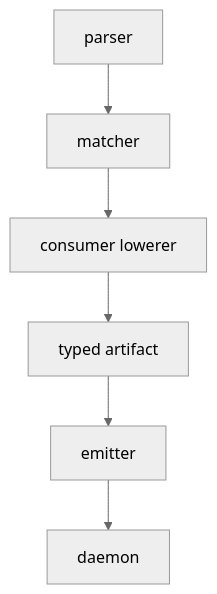
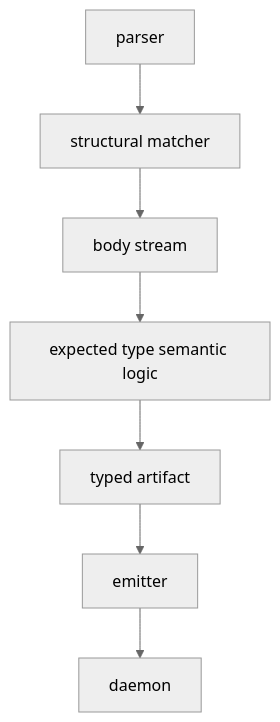
One commit to LiGoldragon/primary changed the second of 2 diagrams in reports/operator/265-programmable-nota-structural-macro-vision-2026-05-31/4-overview-and-gaps.md. Above: the diagram before and after it, drawn with Mermaid (neutral theme). The commit also changed other lines of this file and 1 other file, not shown here.

Commit message:
operator: update nota body vision reports

````diff
--- a/reports/operator/265-programmable-nota-structural-macro-vision-2026-05-31/4-overview-and-gaps.md
+++ b/reports/operator/265-programmable-nota-structural-macro-vision-2026-05-31/4-overview-and-gaps.md
@@ -43,15 +44,17 @@
 ```mermaid
 flowchart TB
     parser["parser"]
-    matcher["matcher"]
-    lowerer["consumer lowerer"]
+    matcher["structural matcher"]
+    body["body stream"]
+    lowerer["expected type semantic logic"]
     artifact["typed artifact"]
     emitter["emitter"]
     daemon["daemon"]
 
     parser --> matcher
-    matcher --> lowerer
+    matcher --> body
+    body --> lowerer
     lowerer --> artifact
     artifact --> emitter
     emitter --> daemon
 ```
````
